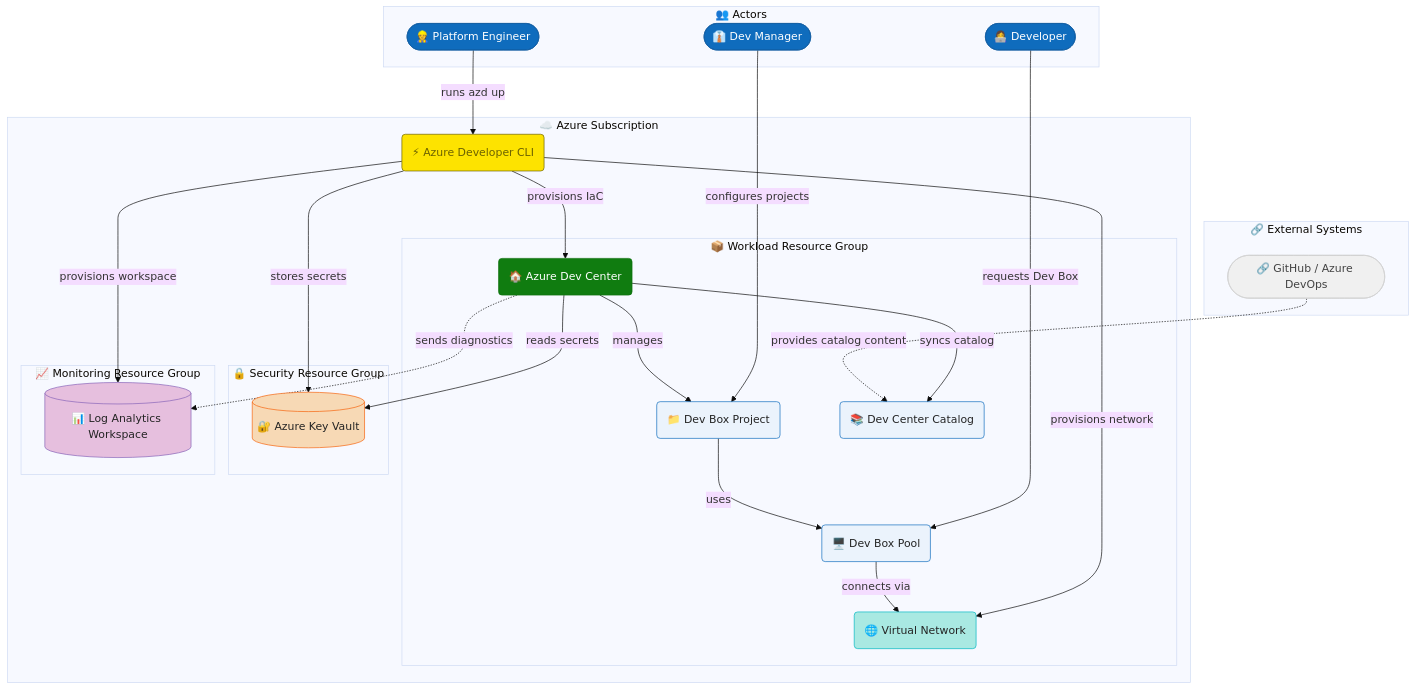
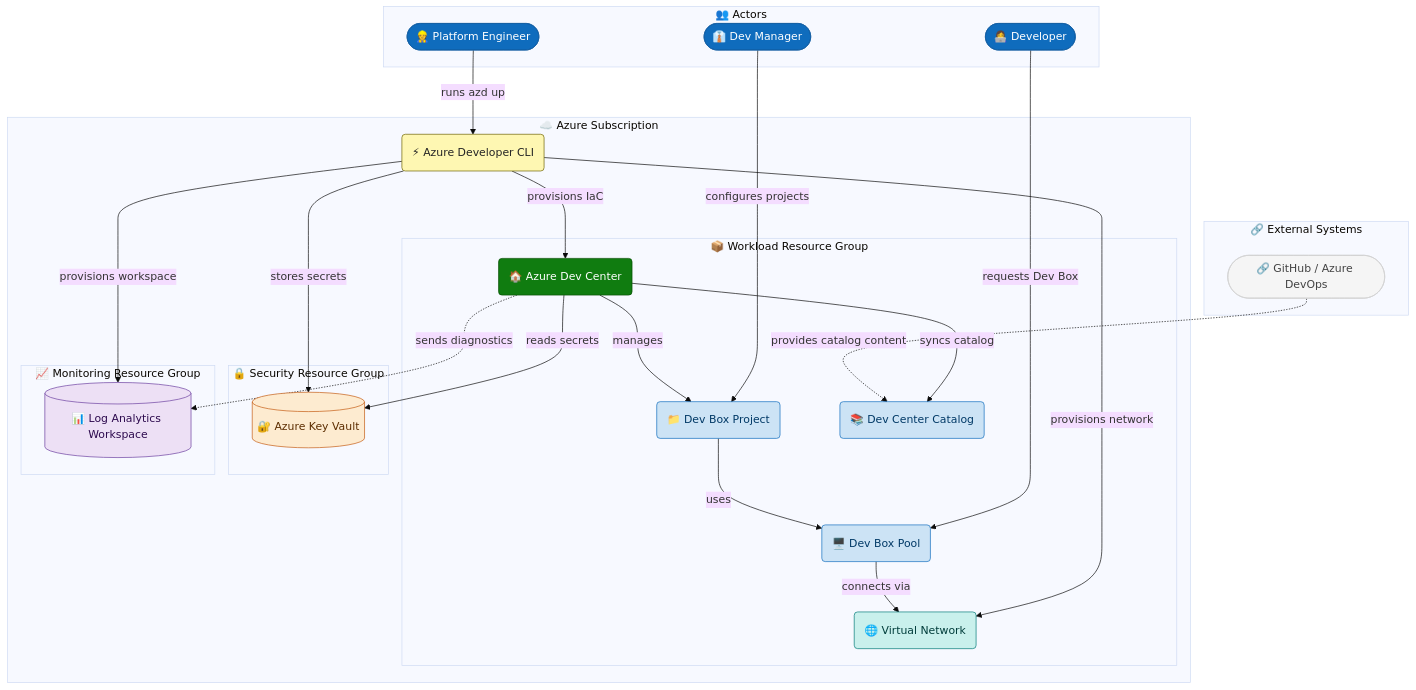
Before and after one commit to Evilazaro/DevExp-DevBox: the diagram in README.md, drawn with Mermaid.

Commit message:
Update architecture diagram colors for improved clarity and consistency

````diff
--- a/README.md
+++ b/README.md
@@ -59,21 +59,20 @@
 ```mermaid
 ---
 config:
-  description: "High-level architecture diagram showing actors, primary flows, and major components."
   theme: base
-  align: center
   fontFamily: "Segoe UI, Verdana, sans-serif"
-  fontSize: 16
-  textColor: "#242424"
-  primaryColor: "#f5f5f5"
-  primaryTextColor: "#FFFFFF"
-  primaryBorderColor: "#e0e0e0"
-  secondaryColor: "#dbdbdb"
+  fontSize: 14
+  primaryColor: "#EBF3FC"
+  primaryTextColor: "#242424"
+  primaryBorderColor: "#0F6CBD"
+  secondaryColor: "#F5F5F5"
   secondaryTextColor: "#242424"
-  secondaryBorderColor: "#d6d6d6"
-  tertiaryColor: "#d1d1d1"
-  tertiaryTextColor: "#424242"
-  tertiaryBorderColor: "#b3b3b3"
+  secondaryBorderColor: "#D1D1D1"
+  tertiaryColor: "#FAFAFA"
+  tertiaryTextColor: "#242424"
+  tertiaryBorderColor: "#C8C8C8"
+  edgeLabelBackground: "#FFFFFF"
+  lineColor: "#616161"
 ---
 flowchart TB
 
@@ -136,13 +135,13 @@
 
   %% ── Class Definitions (Fluent UI React v9 tokens) ────────────────────────────
   classDef actorStyle fill:#0F6CBD,stroke:#115EA3,color:#FFFFFF
-  classDef externalStyle fill:#F0F0F0,stroke:#D1D1D1,color:#424242
-  classDef azdStyle fill:#FDE300,stroke:#6C6200,color:#6C6200
-  classDef devCenterStyle fill:#107C10,stroke:#0E700E,color:#FFFFFF
-  classDef projectStyle fill:#EBF3FC,stroke:#0F6CBD,color:#242424
-  classDef keyVaultStyle fill:#F7D9B5,stroke:#F7630C,color:#242424
-  classDef monitoringStyle fill:#E6BFDE,stroke:#8764B8,color:#242424
-  classDef networkStyle fill:#A9E9E2,stroke:#00B7C3,color:#242424
+  classDef externalStyle fill:#F5F5F5,stroke:#D1D1D1,color:#424242
+  classDef azdStyle fill:#FEF7B2,stroke:#6C6200,color:#242424
+  classDef devCenterStyle fill:#107C10,stroke:#054F01,color:#FFFFFF
+  classDef projectStyle fill:#CCE3F5,stroke:#0F6CBD,color:#003966
+  classDef keyVaultStyle fill:#FDEBD0,stroke:#C55A11,color:#5C2D00
+  classDef monitoringStyle fill:#EDE0F5,stroke:#6B3FA0,color:#2D0A4E
+  classDef networkStyle fill:#C9F0EC,stroke:#007A78,color:#003D3B
 
   %% ── Class Assignments ────────────────────────────────────────────────────────
   class PlatformEng,DevManager,Developer actorStyle
````
